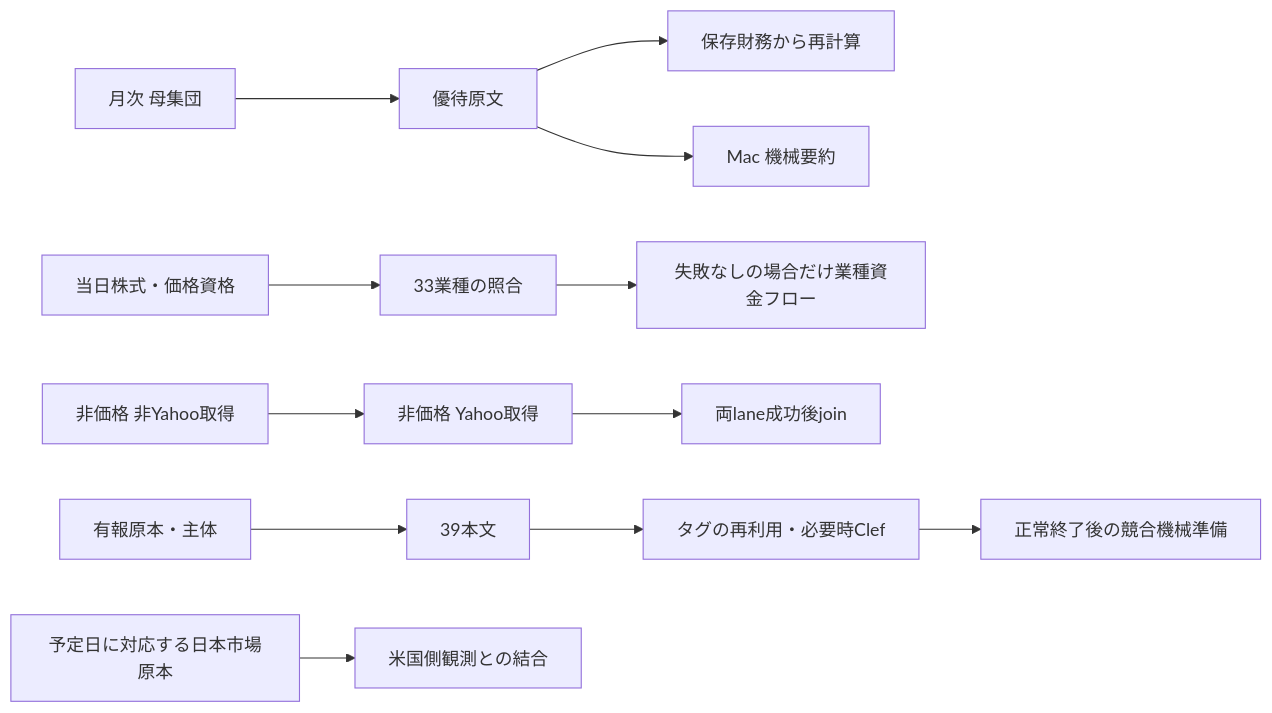
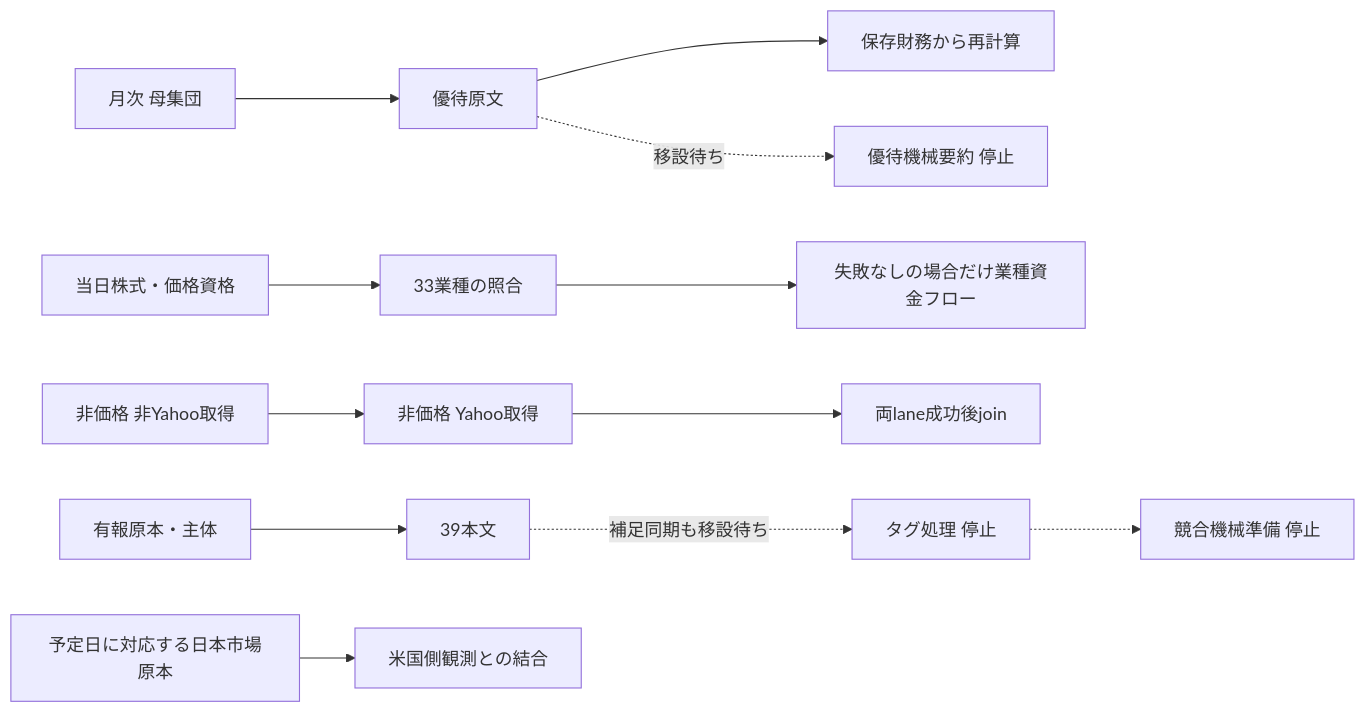
The diagram in docs/production-job-inventory.md (satoki252595/kabulab_tool_cloudflare), drawn with Mermaid before and after one commit. The commit also changed other lines of this file and 9 other files, not shown here.

````diff
--- a/docs/production-job-inventory.md
+++ b/docs/production-job-inventory.md
@@ -23,14 +23,14 @@
 ```mermaid
 flowchart LR
   universe[月次 母集団] --> benefits[優待原文]
   benefits --> score[保存財務から再計算]
-  benefits --> summary[Mac 機械要約]
+  benefits -. 移設待ち .-> summary[優待機械要約 停止]
   prices[当日株式・価格資格] --> sector[33業種の照合]
   sector --> flow[失敗なしの場合だけ業種資金フロー]
   nonYahoo[非価格 非Yahoo取得] --> yahoo[非価格 Yahoo取得]
   yahoo --> join[両lane成功後join]
   source[有報原本・主体] --> body[39本文]
-  body --> tags[タグの再利用・必要時Clef]
-  tags --> prep[正常終了後の競合機械準備]
+  body -. 補足同期も移設待ち .-> tags[タグ処理 停止]
+  tags -.-> prep[競合機械準備 停止]
   jp[予定日に対応する日本市場原本] --> macro[米国側観測との結合]
 ```
````
